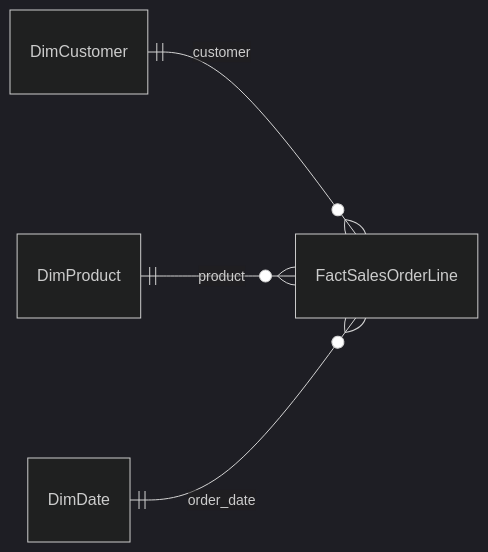
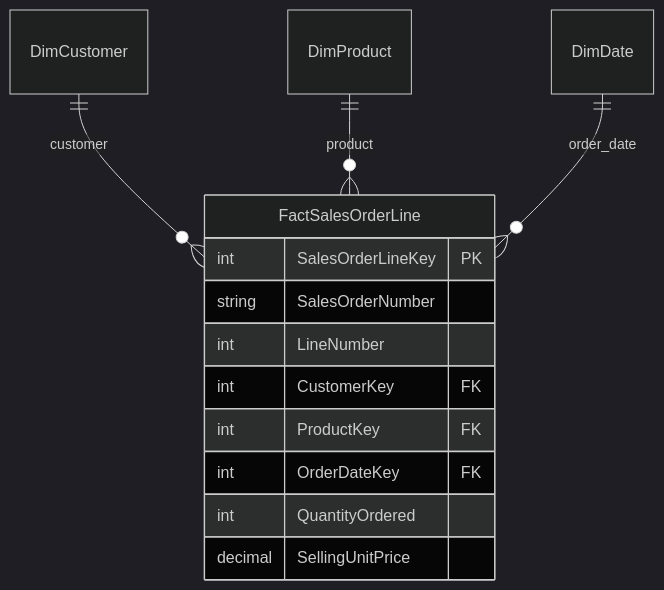
Before and after one commit to ZeadRN/20-Days-SQL-Challenge: the third of 5 diagrams in 25-days-of-data-analytics/day-02-database-design-dml-null/logistics-supply-chain-design/README.md, drawn with Mermaid (dark theme). The commit also changed other lines of this file, not shown here.

````diff
--- a/25-days-of-data-analytics/day-02-database-design-dml-null/logistics-supply-chain-design/README.md
+++ b/25-days-of-data-analytics/day-02-database-design-dml-null/logistics-supply-chain-design/README.md
@@ -126,7 +128,17 @@
 ```mermaid
 erDiagram
-    direction LR
+    direction TB
     DimCustomer ||--o{ FactSalesOrderLine : customer
     DimProduct ||--o{ FactSalesOrderLine : product
     DimDate ||--o{ FactSalesOrderLine : order_date
+    FactSalesOrderLine {
+        int SalesOrderLineKey PK
+        string SalesOrderNumber
+        int LineNumber
+        int CustomerKey FK
+        int ProductKey FK
+        int OrderDateKey FK
+        int QuantityOrdered
+        decimal SellingUnitPrice
+    }
 ```
````
